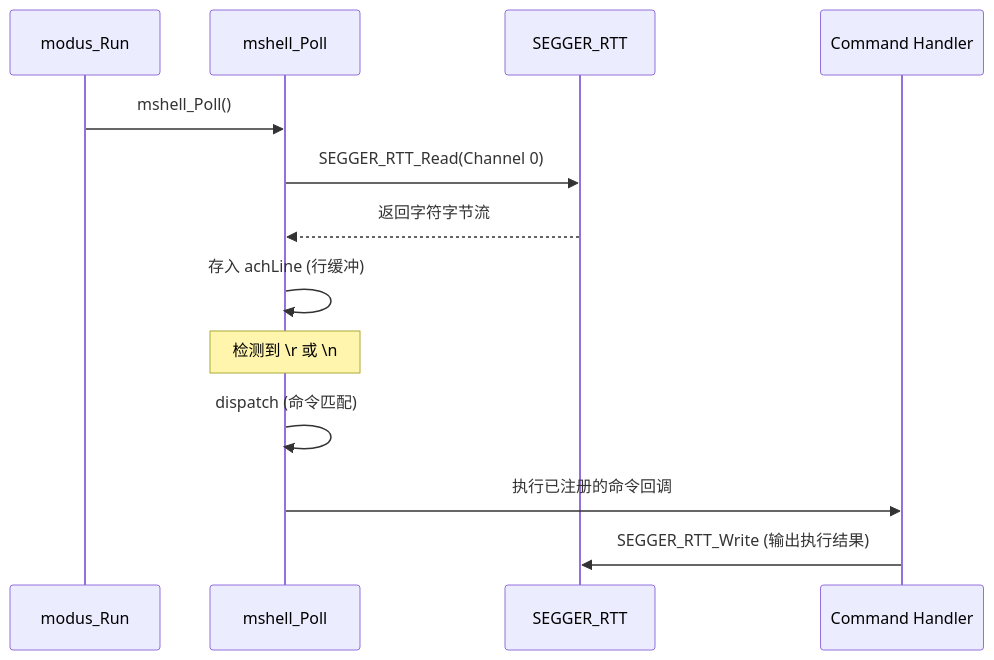
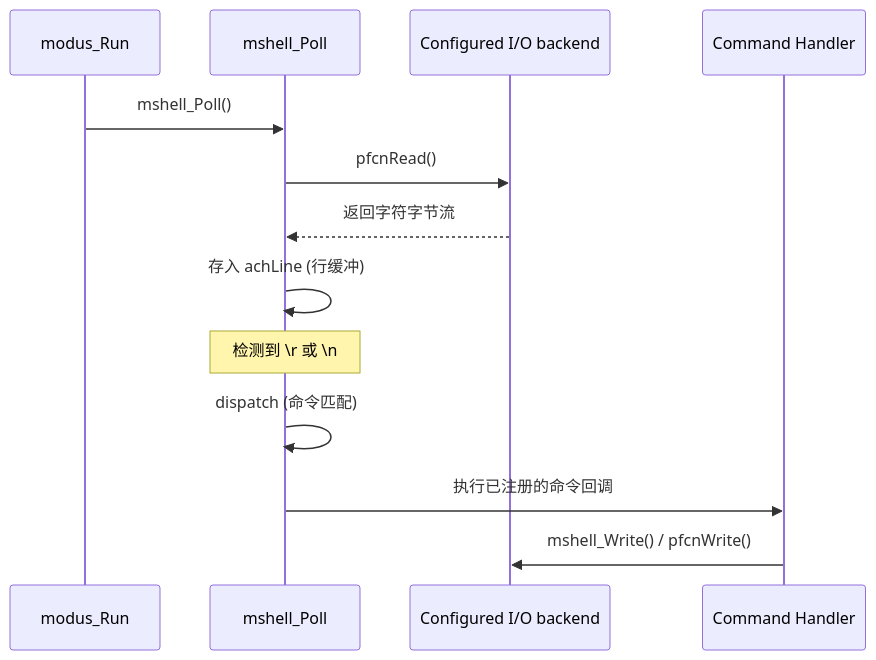
The diagram in docs/mdebug/mshell.md (wyxun/modus), drawn with Mermaid before and after one commit. The commit also changed other lines of this file and 14 other files, not shown here.

````diff
--- a/docs/mdebug/mshell.md
+++ b/docs/mdebug/mshell.md
@@ -89,16 +141,16 @@
 ```mermaid
 sequenceDiagram
     participant Main as modus_Run
     participant Poll as mshell_Poll
-    participant RTT as SEGGER_RTT
+    participant IO as Configured I/O backend
     participant Cmd as Command Handler
 
     Main->>Poll: mshell_Poll()
-    Poll->>RTT: SEGGER_RTT_Read(Channel 0)
-    RTT-->>Poll: 返回字符字节流
+    Poll->>IO: pfcnRead()
+    IO-->>Poll: 返回字符字节流
     Poll->>Poll: 存入 achLine (行缓冲)
     Note over Poll: 检测到 \r 或 \n
     Poll->>Poll: dispatch (命令匹配)
     Poll->>Cmd: 执行已注册的命令回调
-    Cmd->>RTT: SEGGER_RTT_Write (输出执行结果)
+    Cmd->>IO: mshell_Write() / pfcnWrite()
 ```
````
